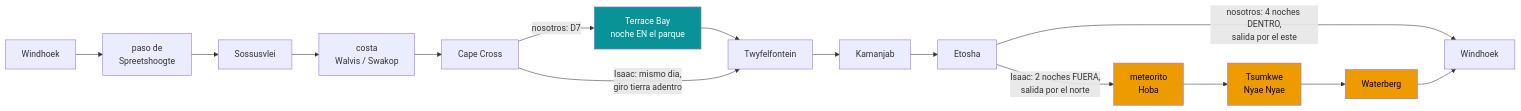
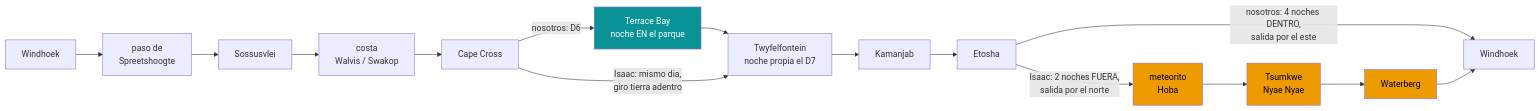
The diagram in aparte/desviacion-itinerario-chavetas.md (morandeirachema/namibia), drawn with Mermaid before and after one commit. The commit also changed other lines of this file and 44 other files, not shown here.

First line of the commit message:
El calendario se rehace sobre las reservas hechas: Spreetshoogte una noche, Twyfelfontein nueva y Onguma por Namutoni

````diff
--- a/aparte/desviacion-itinerario-chavetas.md
+++ b/aparte/desviacion-itinerario-chavetas.md
@@ -37,13 +37,13 @@
 ```mermaid
 flowchart LR
     W0["Windhoek"] --> SP["paso de<br/>Spreetshoogte"] --> SS["Sossusvlei"] --> CO["costa<br/>Walvis / Swakop"] --> CC["Cape Cross"]
-    CC -->|"nosotros: D7"| TB["Terrace Bay<br/>noche EN el parque"] --> TW["Twyfelfontein"]
+    CC -->|"nosotros: D6"| TB["Terrace Bay<br/>noche EN el parque"] --> TW["Twyfelfontein<br/>noche propia el D7"]
     CC -->|"Isaac: mismo dia,<br/>giro tierra adentro"| TW
     TW --> KA["Kamanjab"] --> ET["Etosha"]
     ET -->|"nosotros: 4 noches DENTRO,<br/>salida por el este"| W1["Windhoek"]
     ET -->|"Isaac: 2 noches FUERA,<br/>salida por el norte"| HO["meteorito<br/>Hoba"] --> TS["Tsumkwe<br/>Nyae Nyae"] --> WB["Waterberg"] --> W1
     style TB fill:#0a9396,color:#fff
     style HO fill:#ee9b00,color:#000
     style TS fill:#ee9b00,color:#000
     style WB fill:#ee9b00,color:#000
 ```
````
